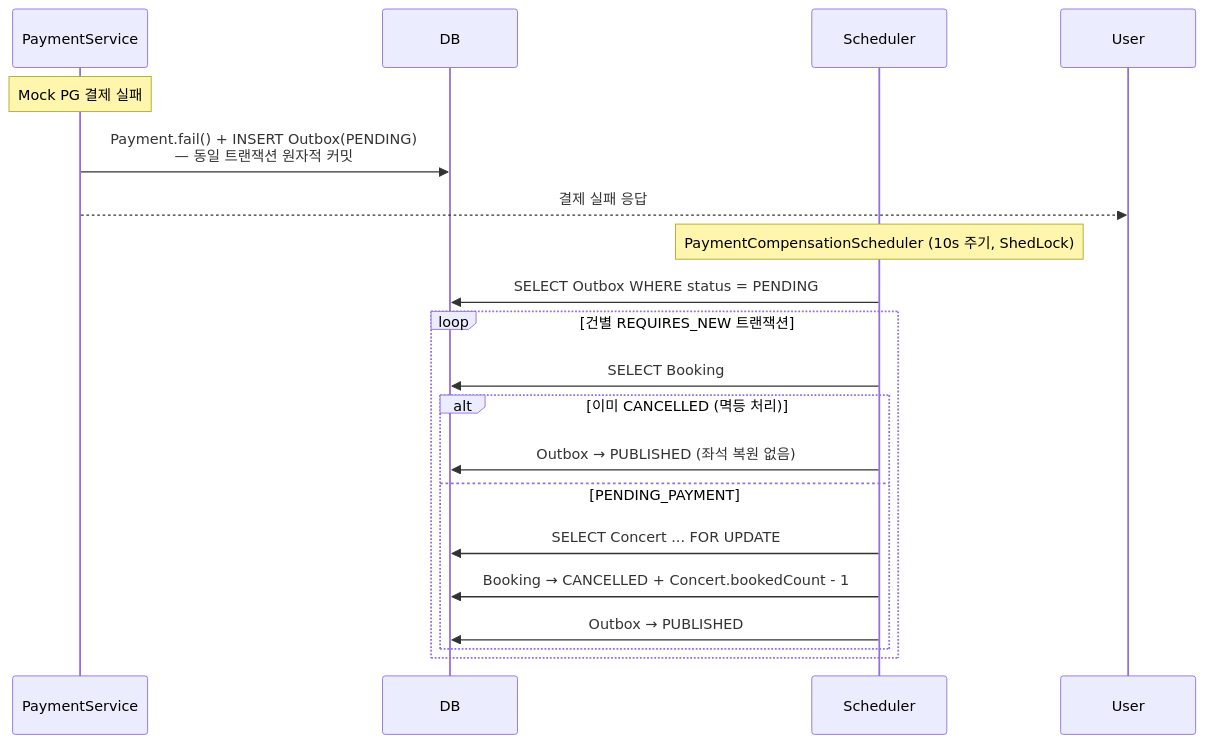
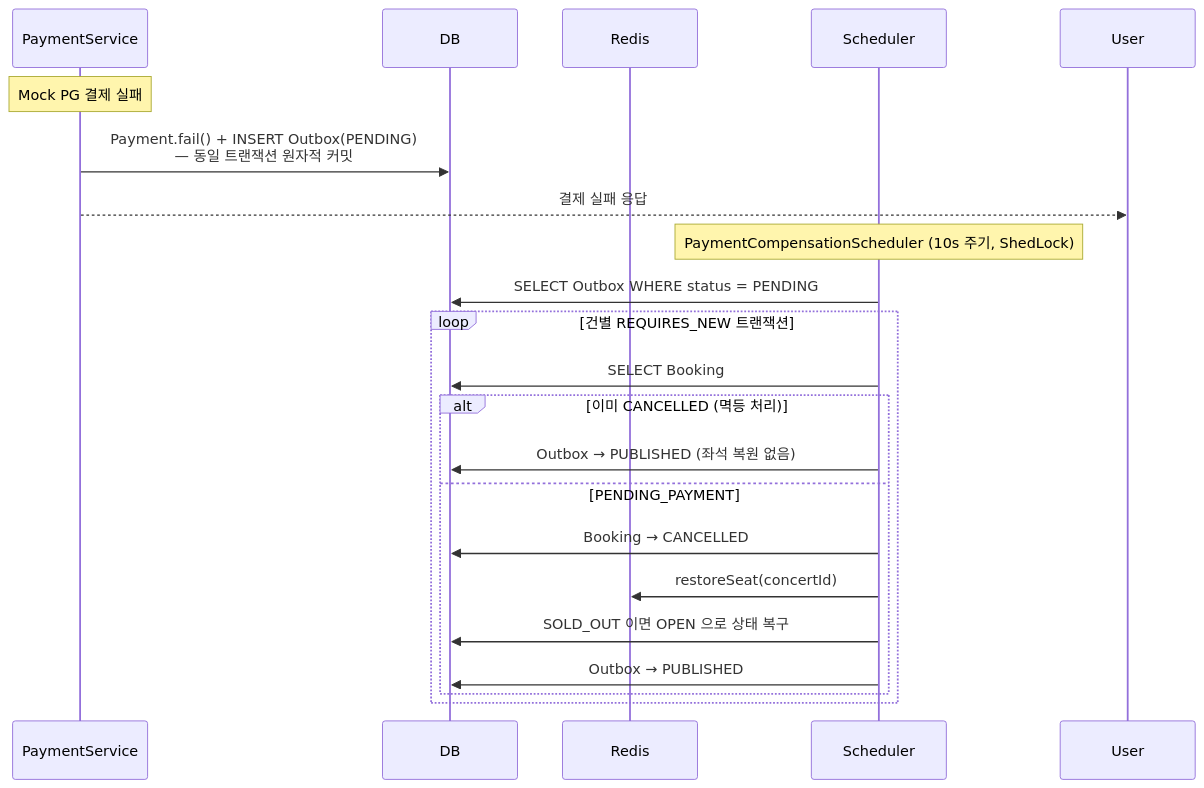
The second of 2 diagrams in README.md (hak0622/ticketflow), drawn with Mermaid before and after one commit. The commit also changed other lines of this file and 2 other files, not shown here.

````diff
--- a/README.md
+++ b/README.md
@@ -142,24 +155,26 @@
 ```mermaid
 sequenceDiagram
     participant PaymentService
     participant DB
+    participant Redis
     participant Scheduler
 
     Note over PaymentService: Mock PG 결제 실패
     PaymentService->>DB: Payment.fail() + INSERT Outbox(PENDING)<br/>— 동일 트랜잭션 원자적 커밋
     PaymentService-->>User: 결제 실패 응답
 
     Note over Scheduler: PaymentCompensationScheduler (10s 주기, ShedLock)
     Scheduler->>DB: SELECT Outbox WHERE status = PENDING
 
     loop 건별 REQUIRES_NEW 트랜잭션
         Scheduler->>DB: SELECT Booking
         alt 이미 CANCELLED (멱등 처리)
             Scheduler->>DB: Outbox → PUBLISHED (좌석 복원 없음)
         else PENDING_PAYMENT
-            Scheduler->>DB: SELECT Concert ... FOR UPDATE
-            Scheduler->>DB: Booking → CANCELLED + Concert.bookedCount - 1
+            Scheduler->>DB: Booking → CANCELLED
+            Scheduler->>Redis: restoreSeat(concertId)
+            Scheduler->>DB: SOLD_OUT 이면 OPEN 으로 상태 복구
             Scheduler->>DB: Outbox → PUBLISHED
         end
     end
 ```
````
